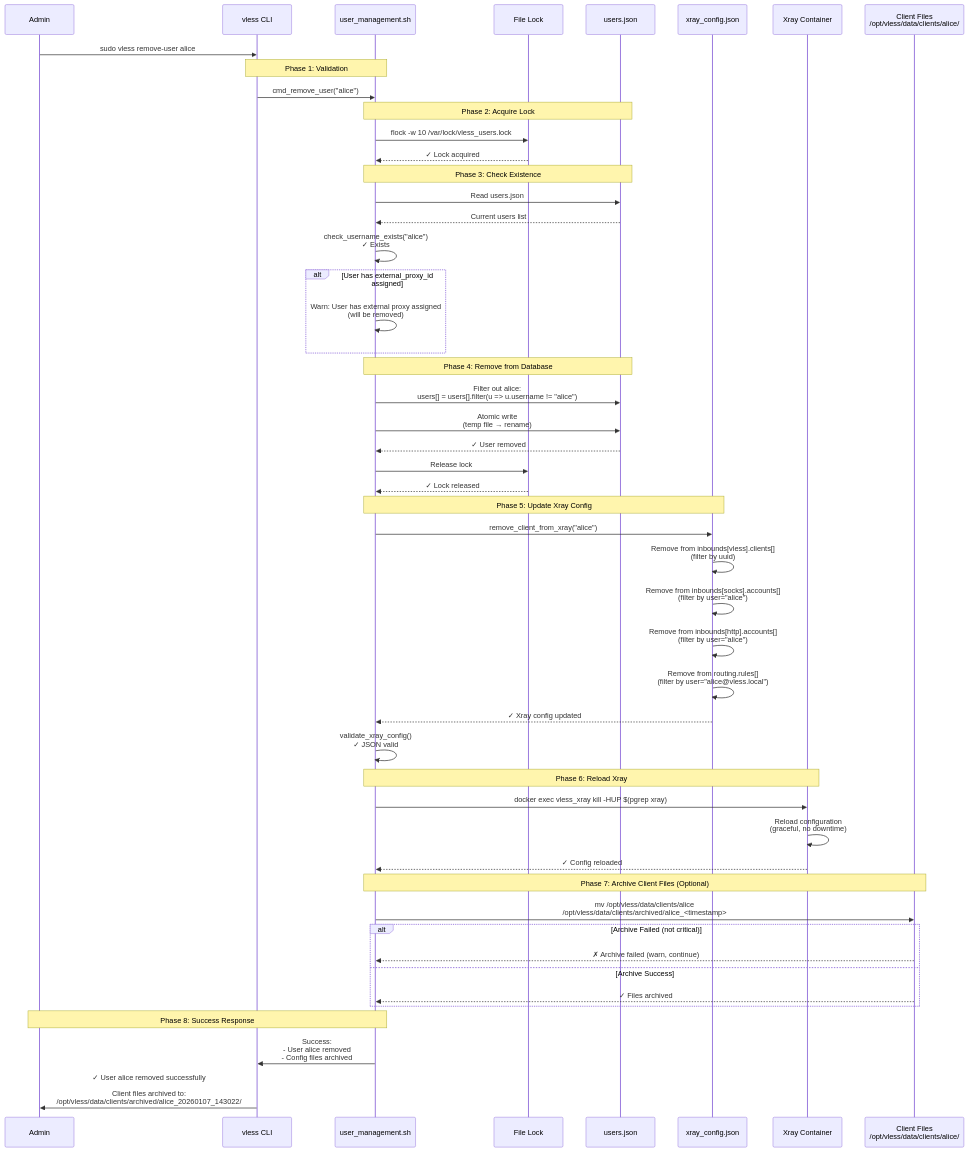
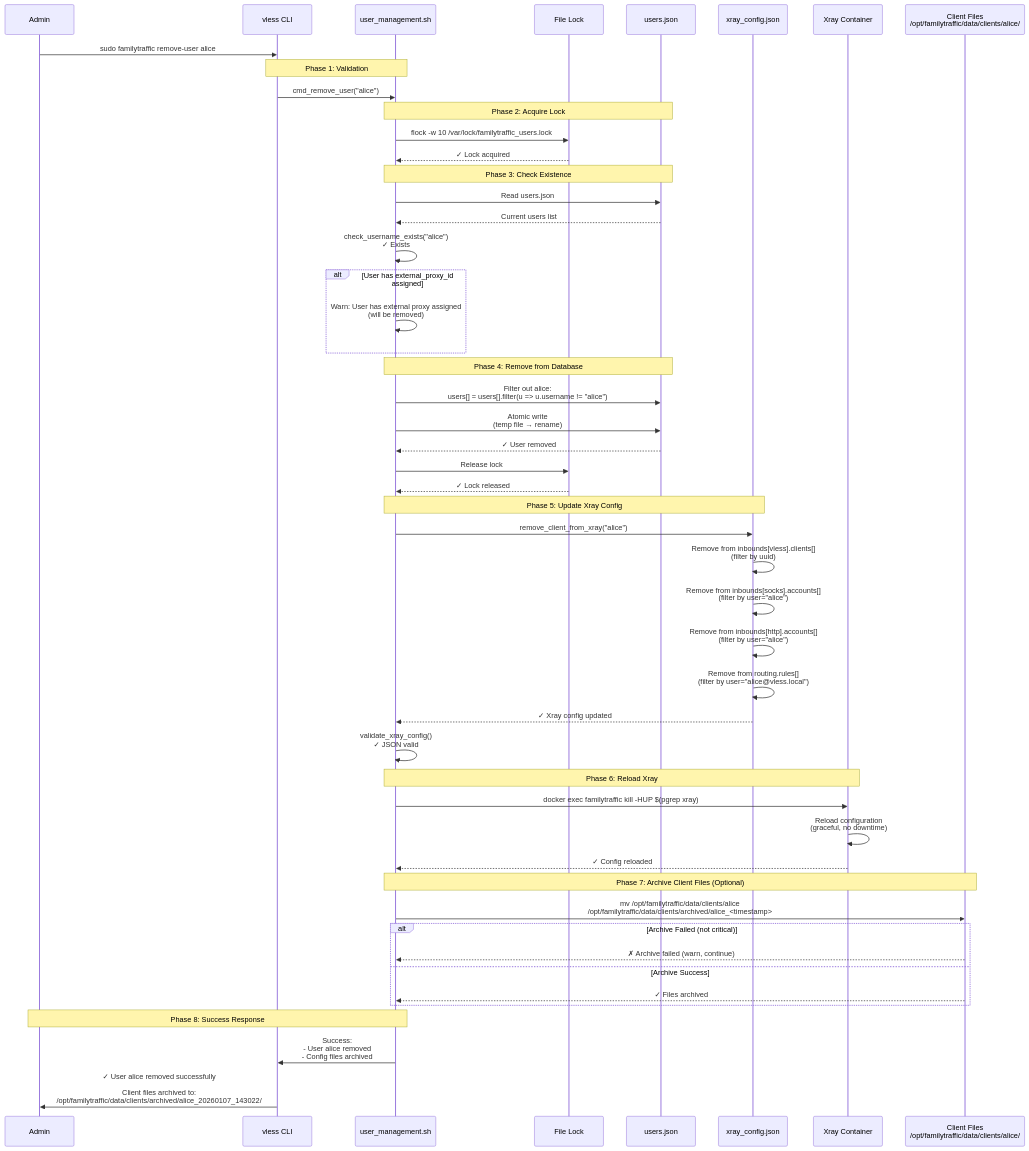
The second of 8 diagrams in docs/architecture/diagrams/sequences/user-management.md (ikeniborn/vless), drawn with Mermaid before and after one commit. The commit also changed other lines of this file and 66 other files, not shown here.

First line of the commit message:
refactor(rename): replace old project name 'vless' with 'familytraffic'

````diff
--- a/docs/architecture/diagrams/sequences/user-management.md
+++ b/docs/architecture/diagrams/sequences/user-management.md
@@ -107,74 +107,74 @@
 ```mermaid
 sequenceDiagram
     participant Admin
     participant CLI as vless CLI
     participant UserMgmt as user_management.sh
     participant Lock as File Lock
     participant UsersDB as users.json
     participant XrayConfig as xray_config.json
     participant Xray as Xray Container
-    participant ClientFiles as Client Files<br/>/opt/vless/data/clients/alice/
+    participant ClientFiles as Client Files<br/>/opt/familytraffic/data/clients/alice/
 
-    Admin->>CLI: sudo vless remove-user alice
+    Admin->>CLI: sudo familytraffic remove-user alice
 
     Note over CLI,UserMgmt: Phase 1: Validation
 
     CLI->>UserMgmt: cmd_remove_user("alice")
 
     Note over UserMgmt,UsersDB: Phase 2: Acquire Lock
 
-    UserMgmt->>Lock: flock -w 10 /var/lock/vless_users.lock
+    UserMgmt->>Lock: flock -w 10 /var/lock/familytraffic_users.lock
     Lock-->>UserMgmt: ✓ Lock acquired
 
     Note over UserMgmt,UsersDB: Phase 3: Check Existence
 
     UserMgmt->>UsersDB: Read users.json
     UsersDB-->>UserMgmt: Current users list
     UserMgmt->>UserMgmt: check_username_exists("alice")<br/>✓ Exists
 
     alt User has external_proxy_id assigned
         UserMgmt->>UserMgmt: Warn: User has external proxy assigned<br/>(will be removed)
     end
 
     Note over UserMgmt,UsersDB: Phase 4: Remove from Database
 
     UserMgmt->>UsersDB: Filter out alice:<br/>users[] = users[].filter(u => u.username != "alice")
 
     UserMgmt->>UsersDB: Atomic write<br/>(temp file → rename)
     UsersDB-->>UserMgmt: ✓ User removed
 
     UserMgmt->>Lock: Release lock
     Lock-->>UserMgmt: ✓ Lock released
 
     Note over UserMgmt,XrayConfig: Phase 5: Update Xray Config
 
     UserMgmt->>XrayConfig: remove_client_from_xray("alice")
     XrayConfig->>XrayConfig: Remove from inbounds[vless].clients[]<br/>(filter by uuid)
     XrayConfig->>XrayConfig: Remove from inbounds[socks].accounts[]<br/>(filter by user="alice")
     XrayConfig->>XrayConfig: Remove from inbounds[http].accounts[]<br/>(filter by user="alice")
     XrayConfig->>XrayConfig: Remove from routing.rules[]<br/>(filter by user="alice@vless.local")
     XrayConfig-->>UserMgmt: ✓ Xray config updated
 
     UserMgmt->>UserMgmt: validate_xray_config()<br/>✓ JSON valid
 
     Note over UserMgmt,Xray: Phase 6: Reload Xray
 
-    UserMgmt->>Xray: docker exec vless_xray kill -HUP $(pgrep xray)
+    UserMgmt->>Xray: docker exec familytraffic kill -HUP $(pgrep xray)
     Xray->>Xray: Reload configuration<br/>(graceful, no downtime)
     Xray-->>UserMgmt: ✓ Config reloaded
 
     Note over UserMgmt,ClientFiles: Phase 7: Archive Client Files (Optional)
 
-    UserMgmt->>ClientFiles: mv /opt/vless/data/clients/alice<br/>/opt/vless/data/clients/archived/alice_<timestamp>
+    UserMgmt->>ClientFiles: mv /opt/familytraffic/data/clients/alice<br/>/opt/familytraffic/data/clients/archived/alice_<timestamp>
 
     alt Archive Failed (not critical)
         ClientFiles-->>UserMgmt: ✗ Archive failed (warn, continue)
     else Archive Success
         ClientFiles-->>UserMgmt: ✓ Files archived
     end
 
     Note over UserMgmt,Admin: Phase 8: Success Response
 
     UserMgmt->>CLI: Success:<br/>- User alice removed<br/>- Config files archived
-    CLI->>Admin: ✓ User alice removed successfully<br/><br/>Client files archived to:<br/> /opt/vless/data/clients/archived/alice_20260107_143022/
+    CLI->>Admin: ✓ User alice removed successfully<br/><br/>Client files archived to:<br/> /opt/familytraffic/data/clients/archived/alice_20260107_143022/
 ```
````
